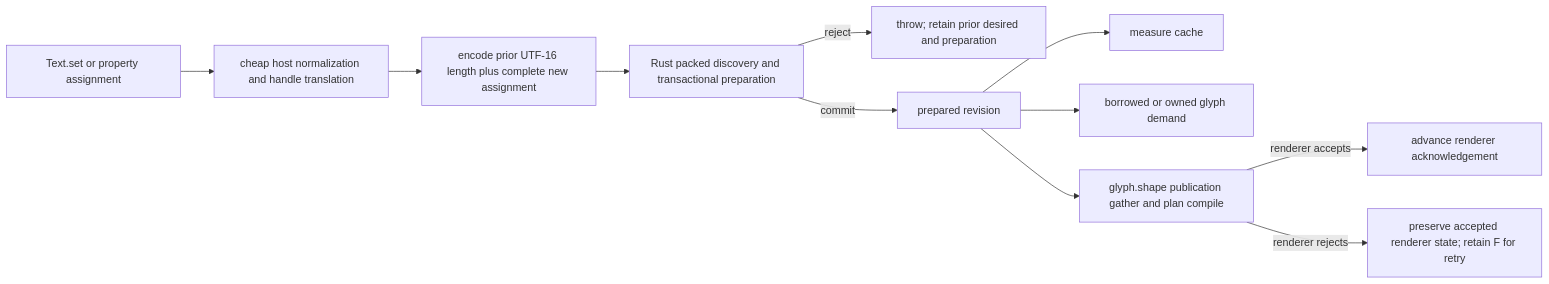
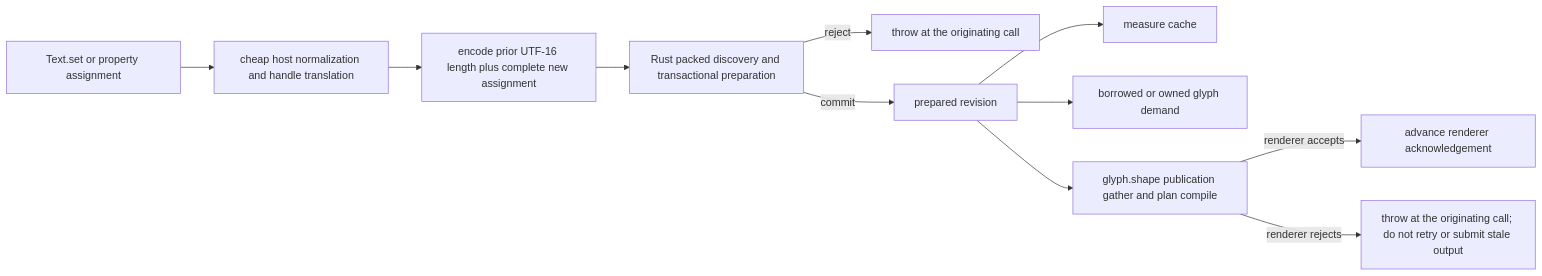
The third of 3 diagrams in .agents/docs/planning/retained-text-assignment.md (pmndrs/glyph), drawn with Mermaid before and after one commit. The commit also changed other lines of this file and 26 other files, not shown here.

First line of the commit message:
docs(perf): reconcile held rope architecture and handoff plan

````diff
--- a/.agents/docs/planning/retained-text-assignment.md
+++ b/.agents/docs/planning/retained-text-assignment.md
@@ -250,13 +279,13 @@
 ```mermaid
 flowchart LR
   A[Text.set or property assignment] --> B[cheap host normalization and handle translation]
   B --> C[encode prior UTF-16 length plus complete new assignment]
   C --> D[Rust packed discovery and transactional preparation]
-  D -->|reject| E[throw; retain prior desired and preparation]
+  D -->|reject| E[throw at the originating call]
   D -->|commit| F[prepared revision]
   F --> G[measure cache]
   F --> H[borrowed or owned glyph demand]
   F --> I[glyph.shape publication gather and plan compile]
   I -->|renderer accepts| J[advance renderer acknowledgement]
-  I -->|renderer rejects| K[preserve accepted renderer state; retain F for retry]
+  I -->|renderer rejects| K[throw at the originating call; do not retry or submit stale output]
 ```
````
